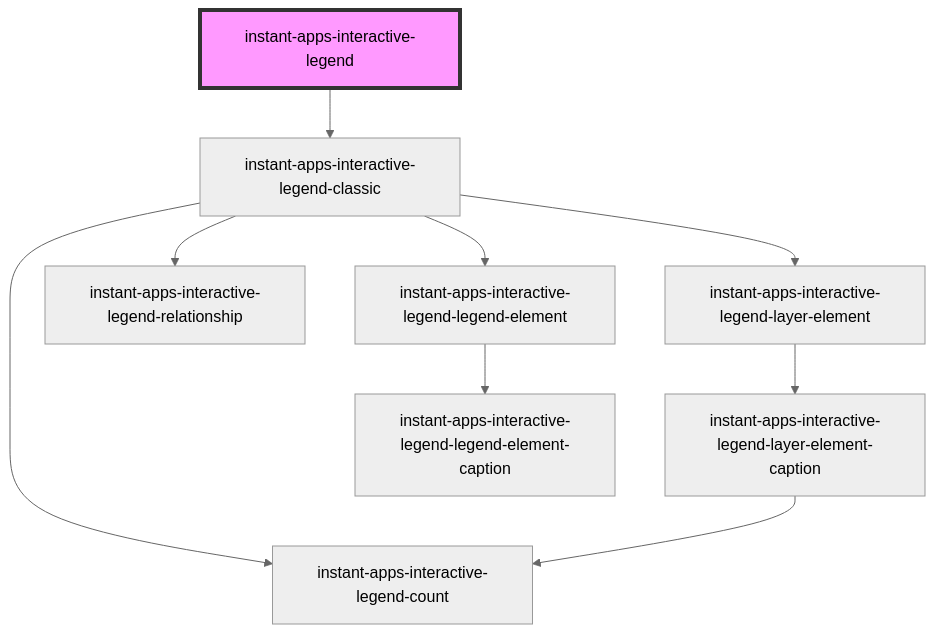
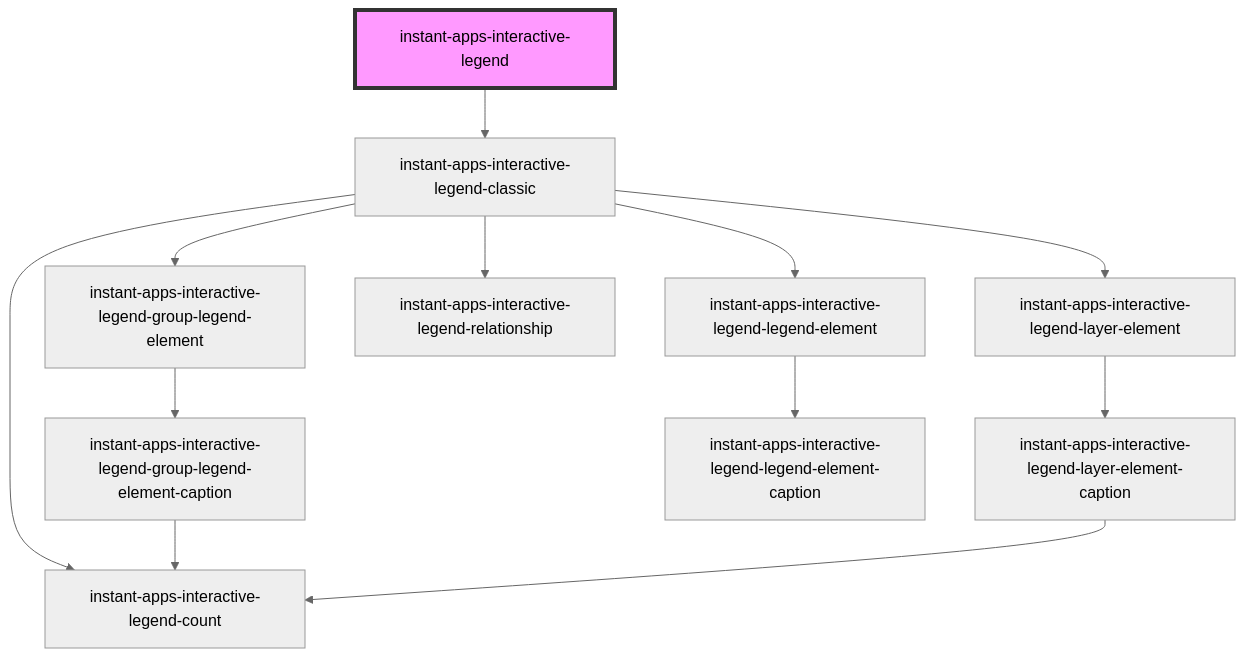
One commit to Esri/instant-apps-components changed the diagram in src/components/instant-apps-interactive-legend/readme.md. Above: the diagram before and after it, drawn with Mermaid (neutral theme). The commit also changed 5 other files, not shown here.

````diff
--- a/src/components/instant-apps-interactive-legend/readme.md
+++ b/src/components/instant-apps-interactive-legend/readme.md
@@ -23,12 +23,15 @@
 ```mermaid
 graph TD;
   instant-apps-interactive-legend --> instant-apps-interactive-legend-classic
+  instant-apps-interactive-legend-classic --> instant-apps-interactive-legend-group-legend-element
   instant-apps-interactive-legend-classic --> instant-apps-interactive-legend-layer-element
   instant-apps-interactive-legend-classic --> instant-apps-interactive-legend-relationship
   instant-apps-interactive-legend-classic --> instant-apps-interactive-legend-legend-element
   instant-apps-interactive-legend-classic --> instant-apps-interactive-legend-count
+  instant-apps-interactive-legend-group-legend-element --> instant-apps-interactive-legend-group-legend-element-caption
+  instant-apps-interactive-legend-group-legend-element-caption --> instant-apps-interactive-legend-count
   instant-apps-interactive-legend-layer-element --> instant-apps-interactive-legend-layer-element-caption
   instant-apps-interactive-legend-layer-element-caption --> instant-apps-interactive-legend-count
   instant-apps-interactive-legend-legend-element --> instant-apps-interactive-legend-legend-element-caption
   style instant-apps-interactive-legend fill:#f9f,stroke:#333,stroke-width:4px
 ```
````
